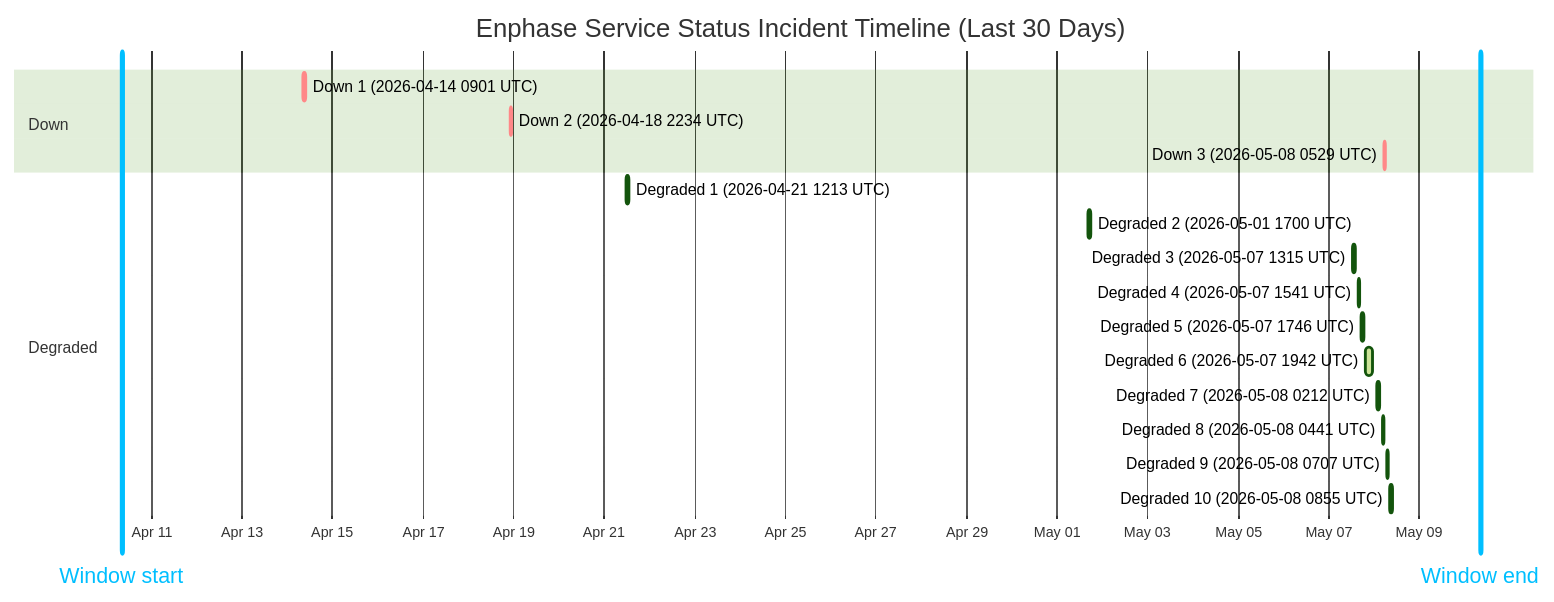
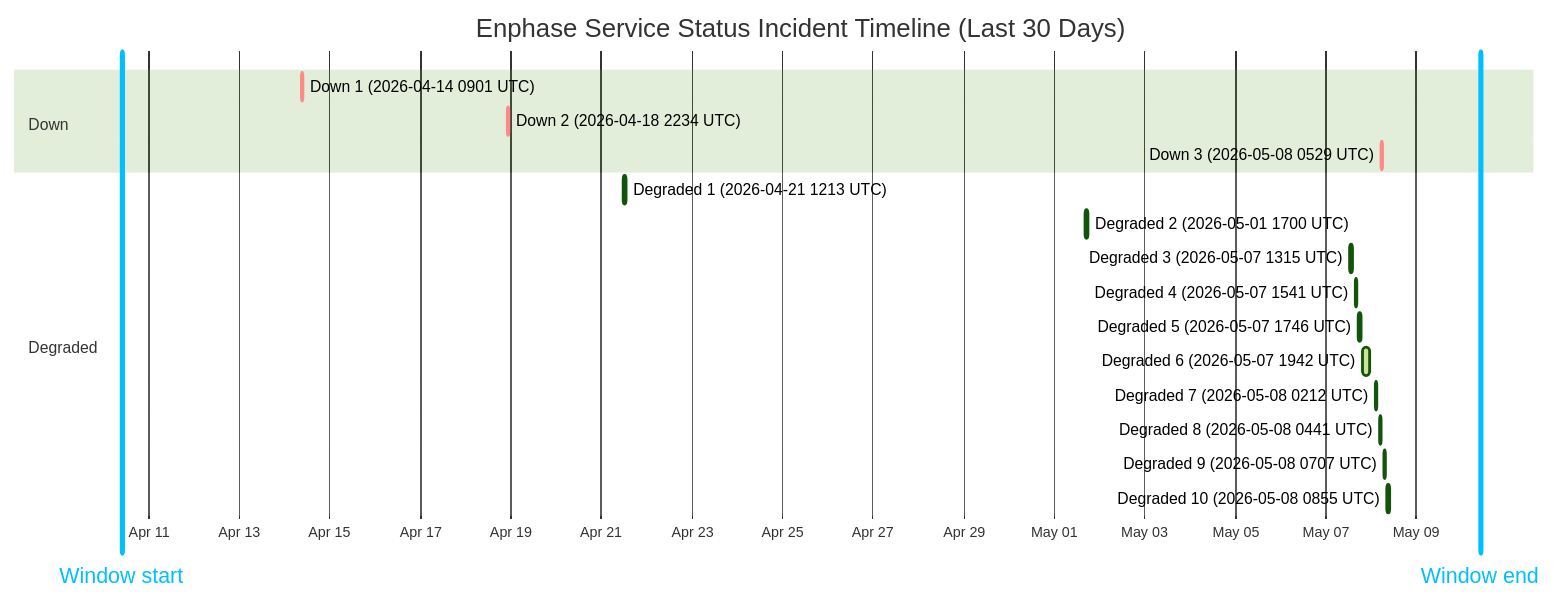
The diagram in wiki/Service-Status-History.md (barneyonline/ha-enphase-ev-charger), drawn with Mermaid (forest theme) before and after one commit. The commit also changed other lines of this file and 3 other files, not shown here.

````diff
--- a/wiki/Service-Status-History.md
+++ b/wiki/Service-Status-History.md
@@ -14,23 +14,23 @@
 ```mermaid
 gantt
     title Enphase Service Status Incident Timeline (Last 30 Days)
     dateFormat  YYYY-MM-DDTHH:mm:ss
     axisFormat  %b %d
-    Window start :vert, window-start, 2026-04-10T08:25:56, 0ms
-    Window end :vert, window-end, 2026-05-10T08:25:56, 0ms
+    Window start :vert, window-start, 2026-04-10T09:53:49, 0ms
+    Window end :vert, window-end, 2026-05-10T09:53:49, 0ms
     section Down
     Down 1 (2026-04-14 0901 UTC) :crit, down-1, 2026-04-14T09:01:13, 60m
     Down 2 (2026-04-18 2234 UTC) :crit, down-2, 2026-04-18T22:34:13, 60m
     Down 3 (2026-05-08 0529 UTC) :crit, down-3, 2026-05-08T05:29:47, 60m
     section Degraded
     Degraded 1 (2026-04-21 1213 UTC) :active, degraded-1, 2026-04-21T12:13:11, 60m
     Degraded 2 (2026-05-01 1700 UTC) :active, degraded-2, 2026-05-01T17:00:22, 60m
     Degraded 3 (2026-05-07 1315 UTC) :active, degraded-3, 2026-05-07T13:15:25, 60m
     Degraded 4 (2026-05-07 1541 UTC) :active, degraded-4, 2026-05-07T15:41:58, 60m
     Degraded 5 (2026-05-07 1746 UTC) :active, degraded-5, 2026-05-07T17:46:51, 60m
     Degraded 6 (2026-05-07 1942 UTC) :active, degraded-6, 2026-05-07T19:42:10, 249m
     Degraded 7 (2026-05-08 0212 UTC) :active, degraded-7, 2026-05-08T02:12:39, 60m
     Degraded 8 (2026-05-08 0441 UTC) :active, degraded-8, 2026-05-08T04:41:46, 60m
     Degraded 9 (2026-05-08 0707 UTC) :active, degraded-9, 2026-05-08T07:07:30, 60m
     Degraded 10 (2026-05-08 0855 UTC) :active, degraded-10, 2026-05-08T08:55:20, 88m
 ```
````
